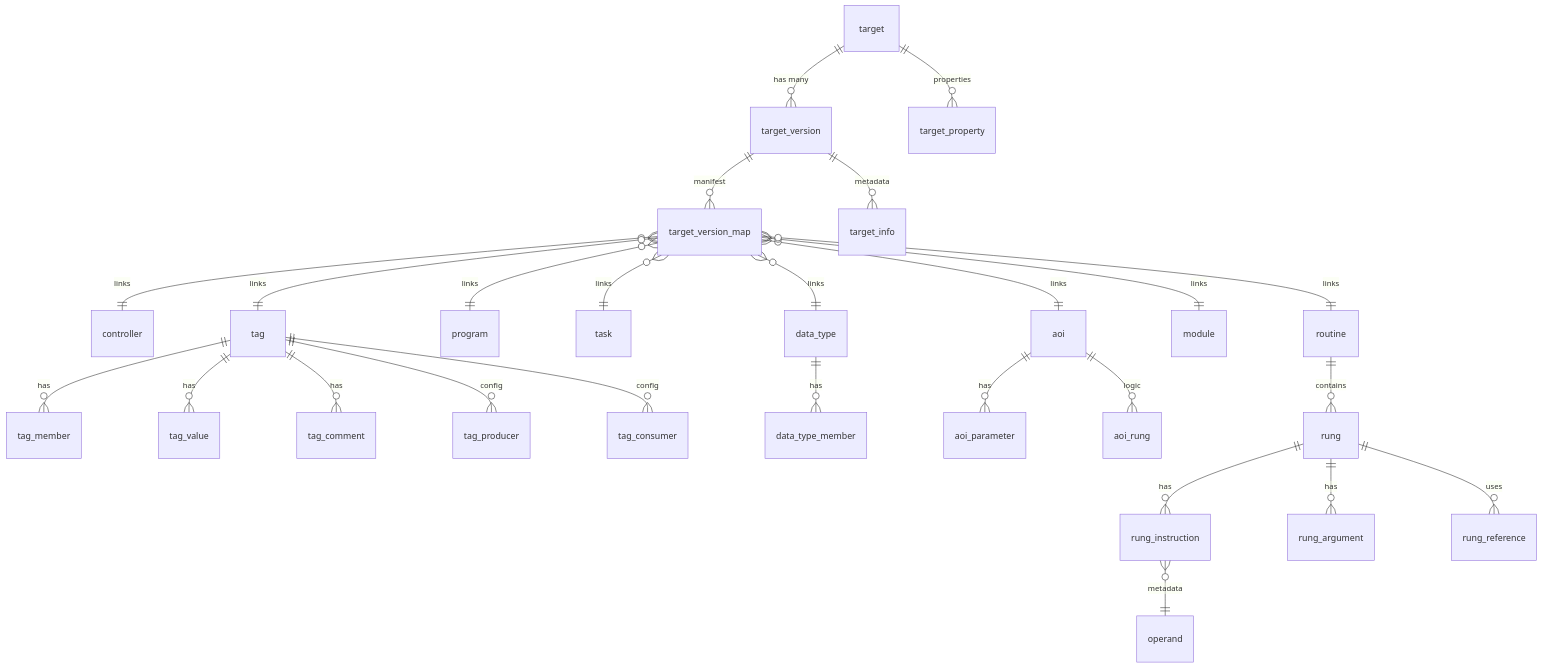
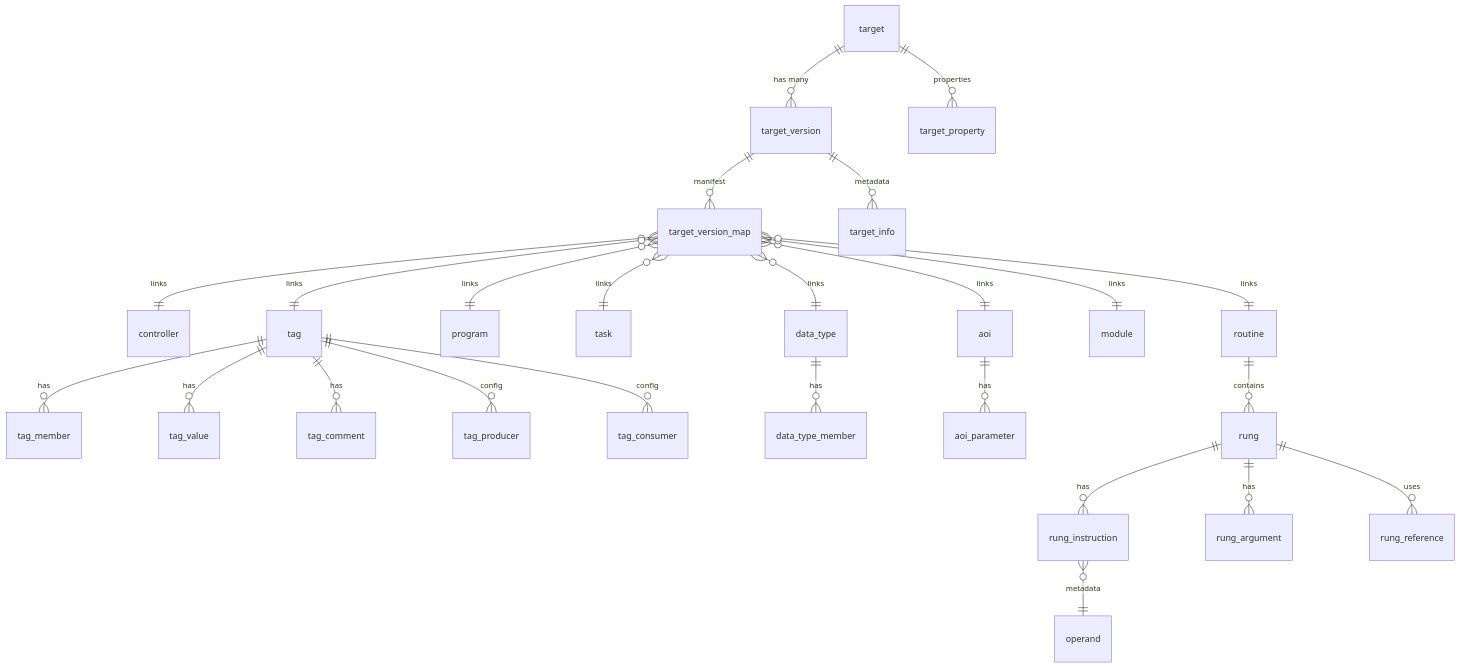
One commit to tnunnink/LogixDb changed the diagram in README.md. Above: the diagram before and after it, drawn with Mermaid. The commit also changed other lines of this file and 8 other files, not shown here.

Commit message:
Remove `MergeAoiRung.sql` scripts and associated references to streamline migration and merge logic.

````diff
--- a/README.md
+++ b/README.md
@@ -412,36 +412,35 @@
 ```mermaid
 erDiagram
     target ||--o{ target_version : "has many"
     target_version ||--o{ target_version_map : "manifest"
     target_version_map }o--|| controller : "links"
     target_version_map }o--|| tag : "links"
     target_version_map }o--|| program : "links"
     target_version_map }o--|| task : "links"
     target_version_map }o--|| aoi : "links"
     target_version_map }o--|| data_type : "links"
     target_version_map }o--|| module : "links"
     target_version_map }o--|| routine : "links"
 
     %% Component Details
     tag ||--o{ tag_member : "has"
     tag ||--o{ tag_value : "has"
     tag ||--o{ tag_comment : "has"
     tag ||--o{ tag_producer : "config"
     tag ||--o{ tag_consumer : "config"
     
     data_type ||--o{ data_type_member : "has"
     
     aoi ||--o{ aoi_parameter : "has"
-    aoi ||--o{ aoi_rung : "logic"
     
     routine ||--o{ rung : "contains"
     rung ||--o{ rung_instruction : "has"
     rung ||--o{ rung_argument : "has"
     rung ||--o{ rung_reference : "uses"
     
     rung_instruction }o--|| operand : "metadata"
 
     %% Metadata
     target_version ||--o{ target_info : "metadata"
     target ||--o{ target_property : "properties"
 ```
````
